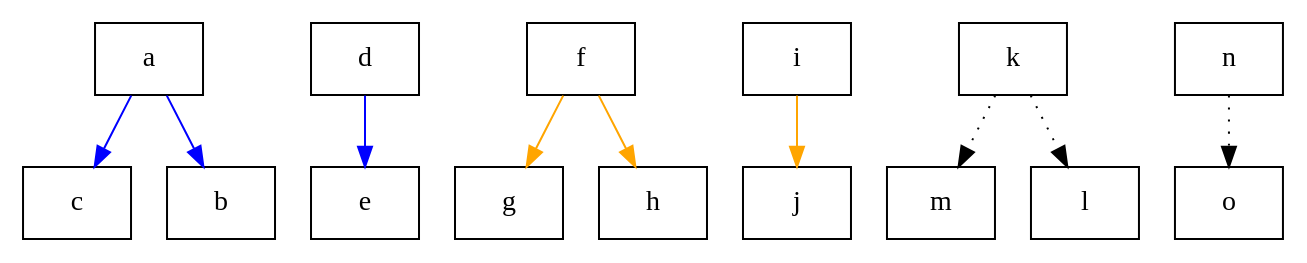
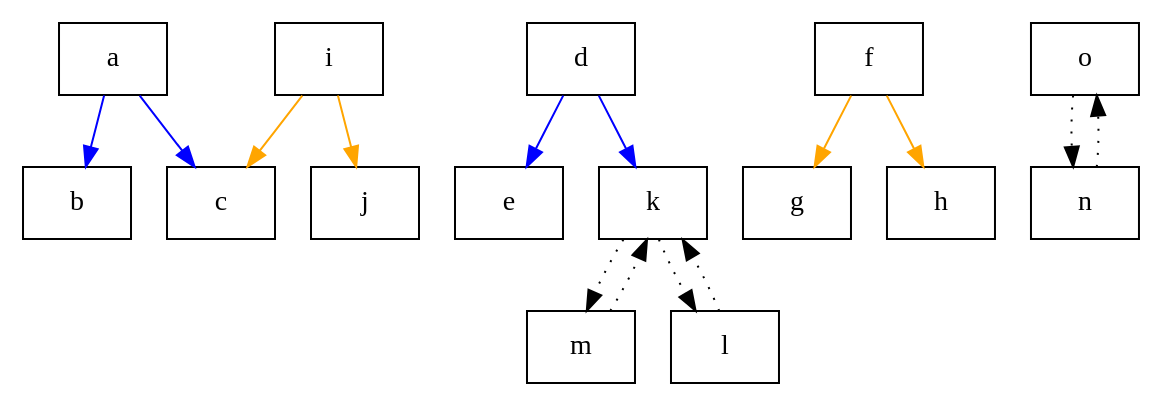
One commit to jbaber/pedigree changed the diagram in examples/example2.dot. Above: the diagram before and after it, drawn with Graphviz. The commit also changed 4 other files, not shown here.

```diff
--- a/examples/example2.dot
+++ b/examples/example2.dot
@@ -1,33 +1,31 @@
 digraph family_tree {
   personhash0cc175b9c0f1b6a831c399e269772661 [label="a", shape="box"];
   personhash4a8a08f09d37b73795649038408b5f33 [label="c", shape="box"];
   personhash92eb5ffee6ae2fec3ad71c777531578f [label="b", shape="box"];
   personhashe1671797c52e15f763380b45e841ec32 [label="e", shape="box"];
   personhash8277e0910d750195b448797616e091ad [label="d", shape="box"];
   personhashb2f5ff47436671b6e533d8dc3614845d [label="g", shape="box"];
   personhash8fa14cdd754f91cc6554c9e71929cce7 [label="f", shape="box"];
   personhash865c0c0b4ab0e063e5caa3387c1a8741 [label="i", shape="box"];
   personhash2510c39011c5be704182423e3a695e91 [label="h", shape="box"];
   personhash8ce4b16b22b58894aa86c421e8759df3 [label="k", shape="box"];
   personhash363b122c528f54df4a0446b6bab05515 [label="j", shape="box"];
   personhash6f8f57715090da2632453988d9a1501b [label="m", shape="box"];
   personhash2db95e8e1a9267b7a1188556b2013b33 [label="l", shape="box"];
   personhashd95679752134a2d9eb61dbd7b91c4bcc [label="o", shape="box"];
   personhash7b8b965ad4bca0e41ab51de7b31363a1 [label="n", shape="box"];
-
-
+  personhash0cc175b9c0f1b6a831c399e269772661 -> personhash4a8a08f09d37b73795649038408b5f33 [color=blue];
   personhash0cc175b9c0f1b6a831c399e269772661 -> personhash92eb5ffee6ae2fec3ad71c777531578f [color=blue];
-  personhash0cc175b9c0f1b6a831c399e269772661 -> personhash4a8a08f09d37b73795649038408b5f33 [color=blue];
+  personhash8277e0910d750195b448797616e091ad -> personhash8ce4b16b22b58894aa86c421e8759df3 [color=blue];
   personhash8277e0910d750195b448797616e091ad -> personhashe1671797c52e15f763380b45e841ec32 [color=blue];
-
-
+  personhash865c0c0b4ab0e063e5caa3387c1a8741 -> personhash4a8a08f09d37b73795649038408b5f33 [color=orange];
   personhash865c0c0b4ab0e063e5caa3387c1a8741 -> personhash363b122c528f54df4a0446b6bab05515 [color=orange];
+  personhash8fa14cdd754f91cc6554c9e71929cce7 -> personhash2510c39011c5be704182423e3a695e91 [color=orange];
   personhash8fa14cdd754f91cc6554c9e71929cce7 -> personhashb2f5ff47436671b6e533d8dc3614845d [color=orange];
-  personhash8fa14cdd754f91cc6554c9e71929cce7 -> personhash2510c39011c5be704182423e3a695e91 [color=orange];
-
-
+  personhash8ce4b16b22b58894aa86c421e8759df3 -> personhash6f8f57715090da2632453988d9a1501b [style="dotted"];
   personhash8ce4b16b22b58894aa86c421e8759df3 -> personhash2db95e8e1a9267b7a1188556b2013b33 [style="dotted"];
-  personhash8ce4b16b22b58894aa86c421e8759df3 -> personhash6f8f57715090da2632453988d9a1501b [style="dotted"];
+  personhash6f8f57715090da2632453988d9a1501b -> personhash8ce4b16b22b58894aa86c421e8759df3 [style="dotted"];
+  personhash2db95e8e1a9267b7a1188556b2013b33 -> personhash8ce4b16b22b58894aa86c421e8759df3 [style="dotted"];
+  personhashd95679752134a2d9eb61dbd7b91c4bcc -> personhash7b8b965ad4bca0e41ab51de7b31363a1 [style="dotted"];
   personhash7b8b965ad4bca0e41ab51de7b31363a1 -> personhashd95679752134a2d9eb61dbd7b91c4bcc [style="dotted"];
-
 }
```
